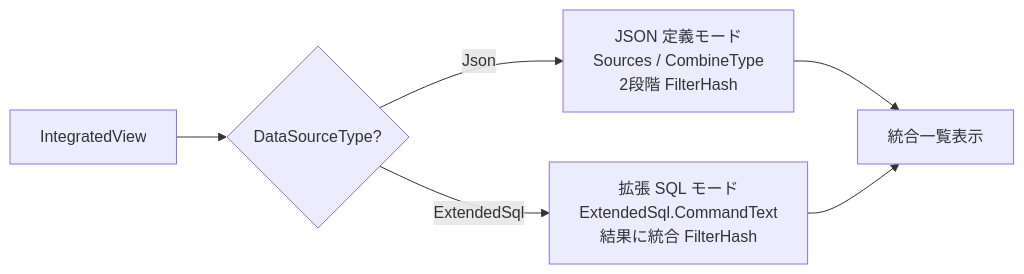
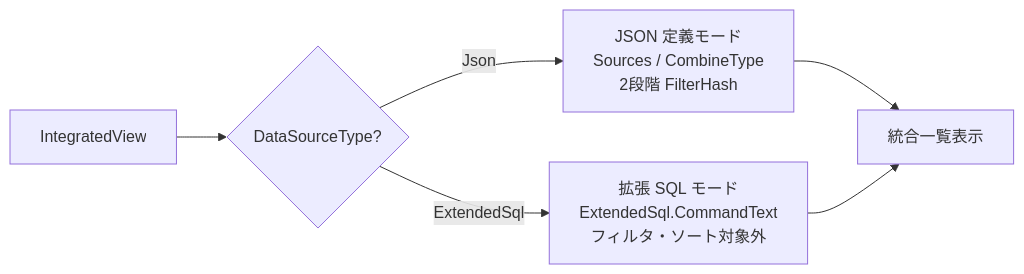
The second of 16 diagrams in docs/research/06-一覧・ビュー/007-複数テーブル統合ビュー.md (vehiclevisionjp/VehicleVision.Pleasanter.ResearchDocuments), drawn with Mermaid before and after one commit. The commit also changed other lines of this file, not shown here.

Commit message:
docs: mermaid修正、編集対象サイトのJSON定義(Editable)追加、拡張SQLのフィルタ・ソートを対象外に変更

````diff
--- a/docs/research/06-一覧・ビュー/007-複数テーブル統合ビュー.md
+++ b/docs/research/06-一覧・ビュー/007-複数テーブル統合ビュー.md
@@ -438,8 +438,8 @@
 ```mermaid
 flowchart LR
     A[IntegratedView] --> B{DataSourceType?}
     B -->|Json| C[JSON 定義モード<br/>Sources / CombineType<br/>2段階 FilterHash]
-    B -->|ExtendedSql| D[拡張 SQL モード<br/>ExtendedSql.CommandText<br/>結果に統合 FilterHash]
+    B -->|ExtendedSql| D[拡張 SQL モード<br/>ExtendedSql.CommandText<br/>フィルタ・ソート対象外]
     C --> E[統合一覧表示]
     D --> E
 ```
````
